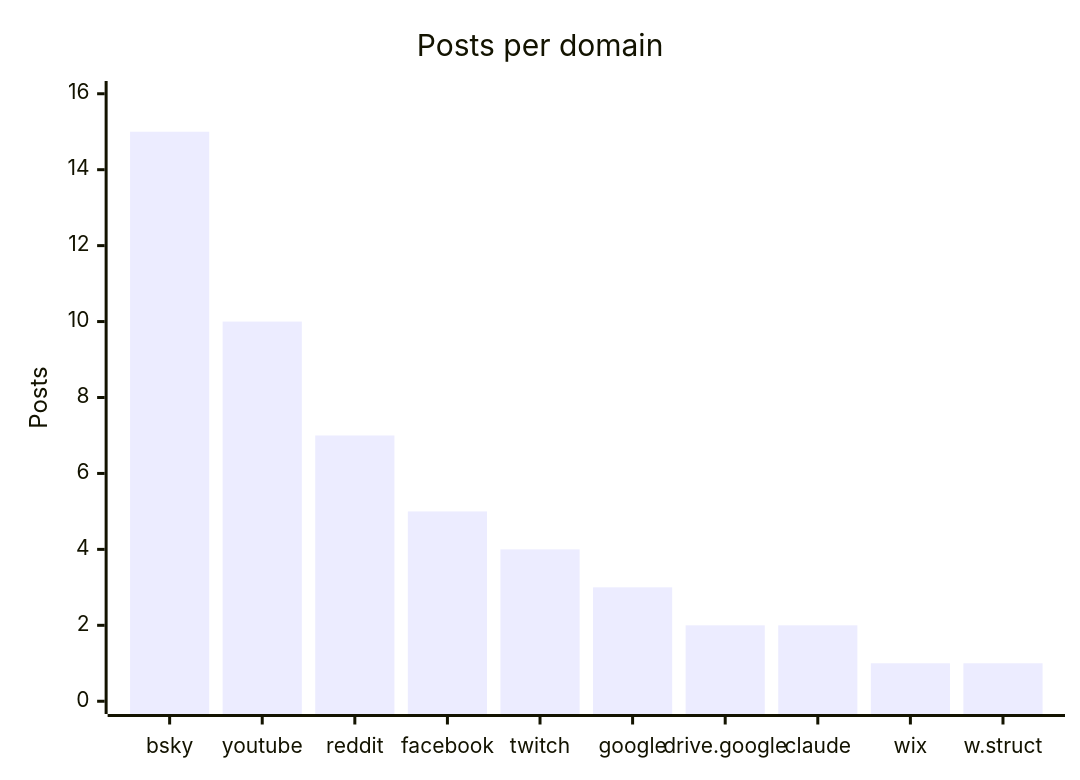
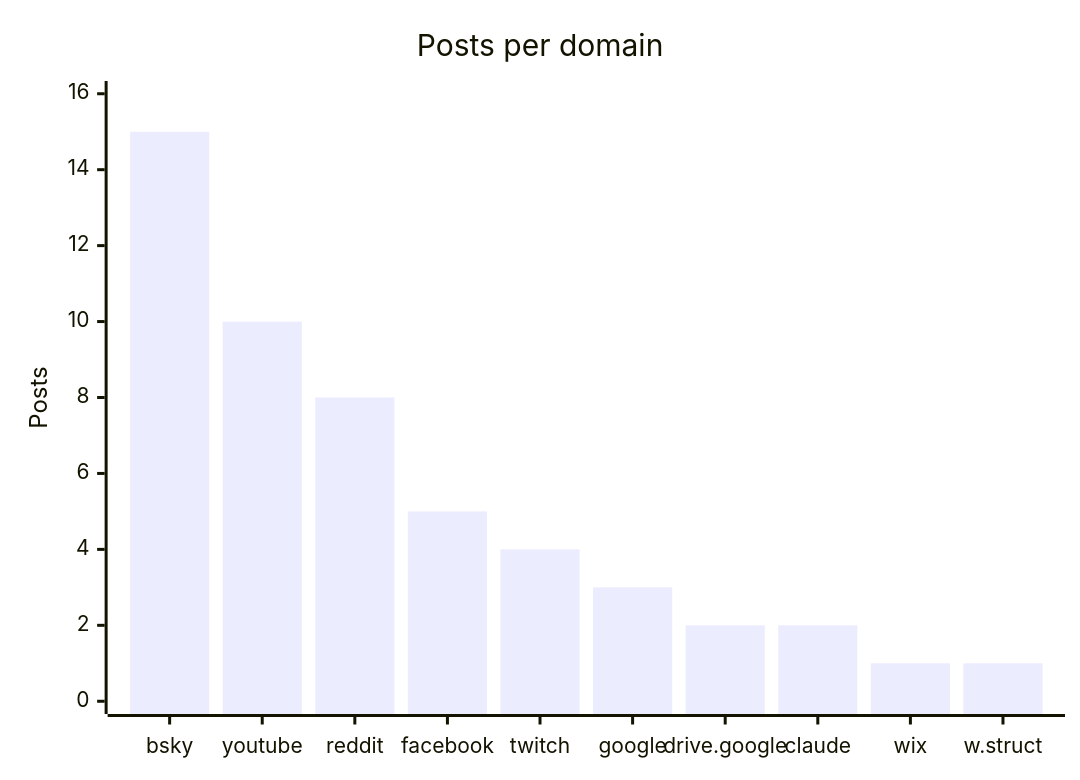
One commit to martinbalfanz/social-scanner-reports changed the fourth of 4 diagrams in README.md. Above: the diagram before and after it, drawn with Mermaid. The commit also changed other lines of this file and 2 other files, not shown here.

````diff
--- a/README.md
+++ b/README.md
@@ -58,7 +58,7 @@
 ```mermaid
 xychart-beta
     title "Posts per domain"
     x-axis ["bsky", "youtube", "reddit", "facebook", "twitch", "google", "drive.google", "claude", "wix", "w.struct"]
     y-axis "Posts" 0 --> 16
-    bar [15, 10, 7, 5, 4, 3, 2, 2, 1, 1]
+    bar [15, 10, 8, 5, 4, 3, 2, 2, 1, 1]
 ```
````
